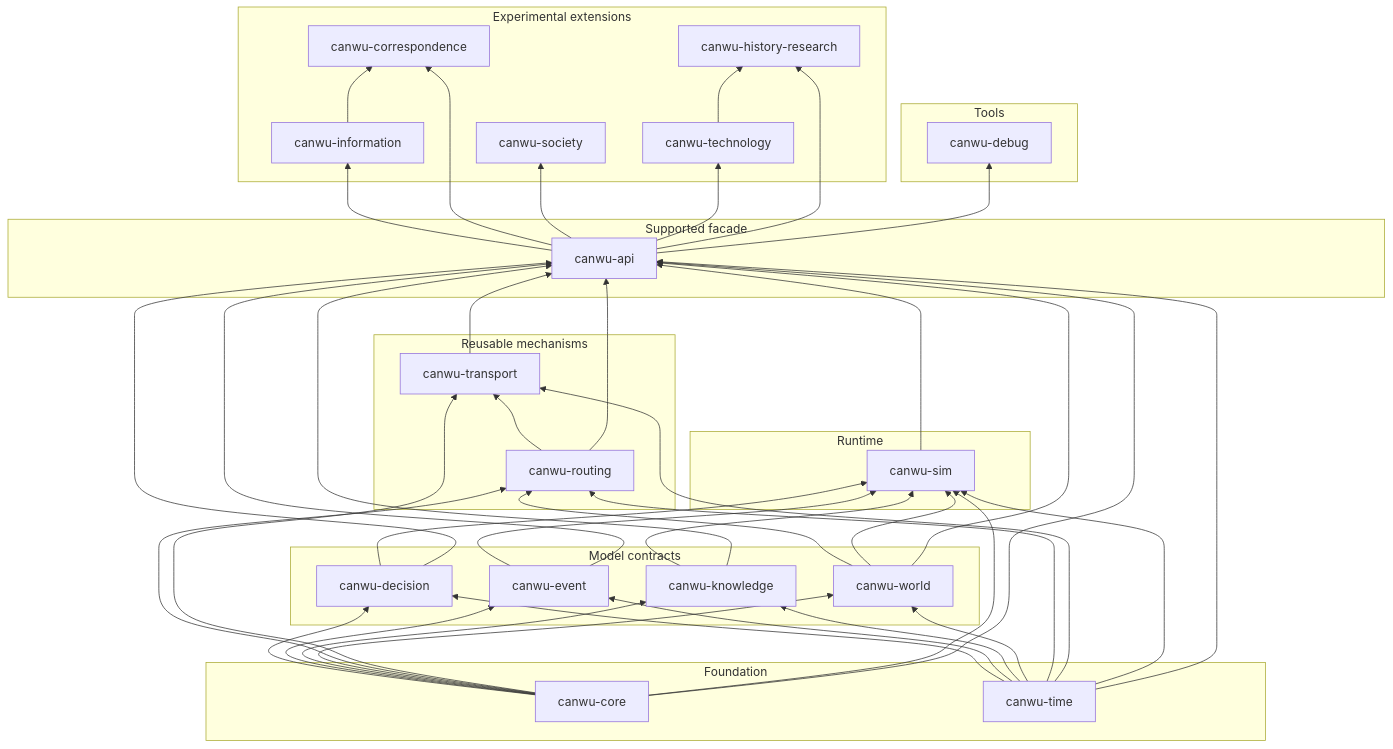
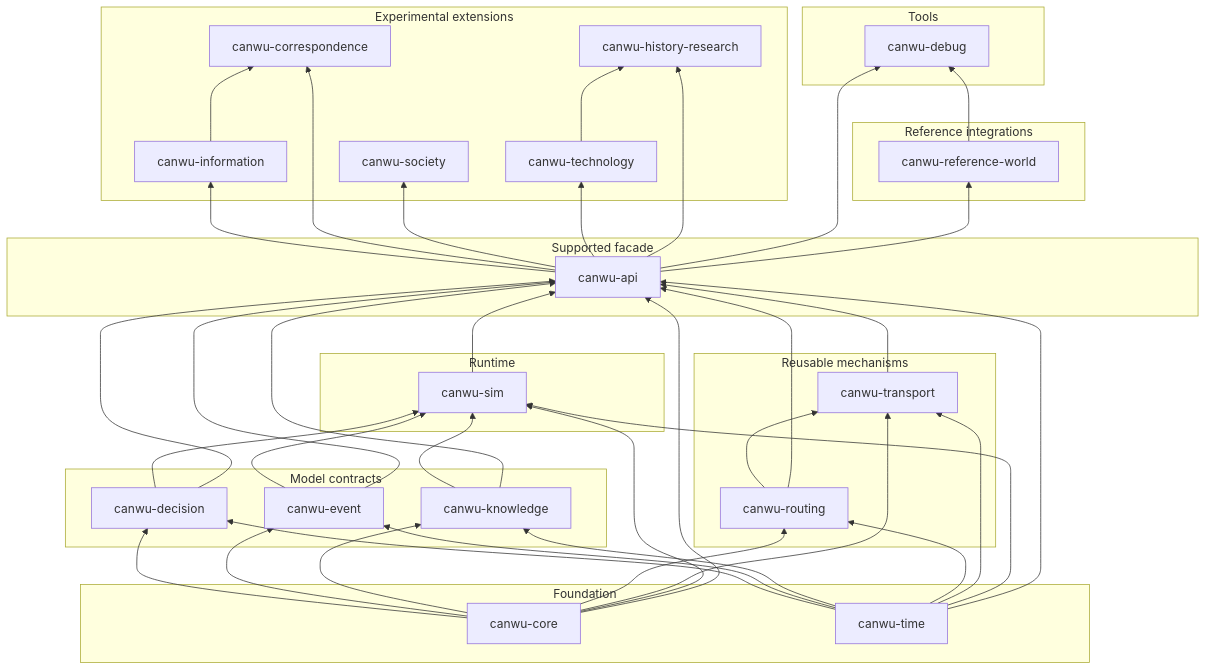
The diagram in crates/README.md (PeiyuanQi/canwu), drawn with Mermaid before and after one commit. The commit also changed other lines of this file and 81 other files, not shown here.

Commit message:
refactor: migrate reference world out of core model

````diff
--- a/crates/README.md
+++ b/crates/README.md
@@ -19,7 +19,7 @@
     decision["canwu-decision"]
     event["canwu-event"]
     knowledge["canwu-knowledge"]
-    world["canwu-world"]
+    reference_world["canwu-reference-world"]
 
     routing["canwu-routing"]
     transport["canwu-transport"]
@@ -35,6 +35,9 @@
 
     subgraph tools["Tools"]
         debug
+    end
+    subgraph integrations["Reference integrations"]
+        reference_world
     end
     subgraph extensions["Experimental extensions"]
         information
@@ -57,7 +60,6 @@
         decision
         event
         knowledge
-        world
     end
     subgraph foundation["Foundation"]
         core
@@ -70,12 +72,9 @@
     time --> event
     core --> knowledge
     time --> knowledge
-    core --> world
-    time --> world
 
     core --> routing
     time --> routing
-    world --> routing
     core --> transport
     time --> transport
     routing --> transport
@@ -85,14 +84,12 @@
     decision --> sim
     event --> sim
     knowledge --> sim
-    world --> sim
 
     core --> api
     time --> api
     decision --> api
     event --> api
     knowledge --> api
-    world --> api
     routing --> api
     transport --> api
     sim --> api
@@ -105,4 +102,6 @@
     api --> history
     technology --> history
     api --> debug
+    api --> reference_world
+    reference_world --> debug
 ```
````
